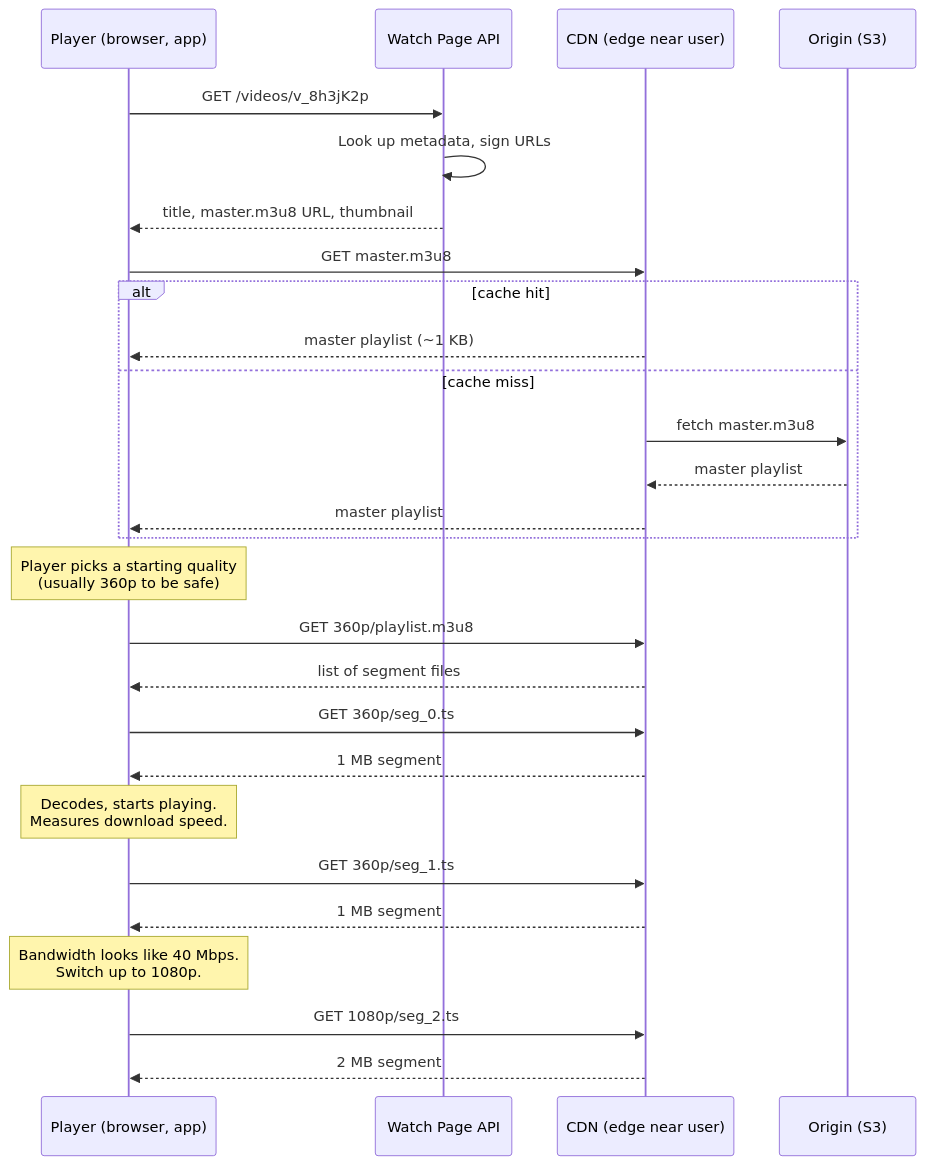
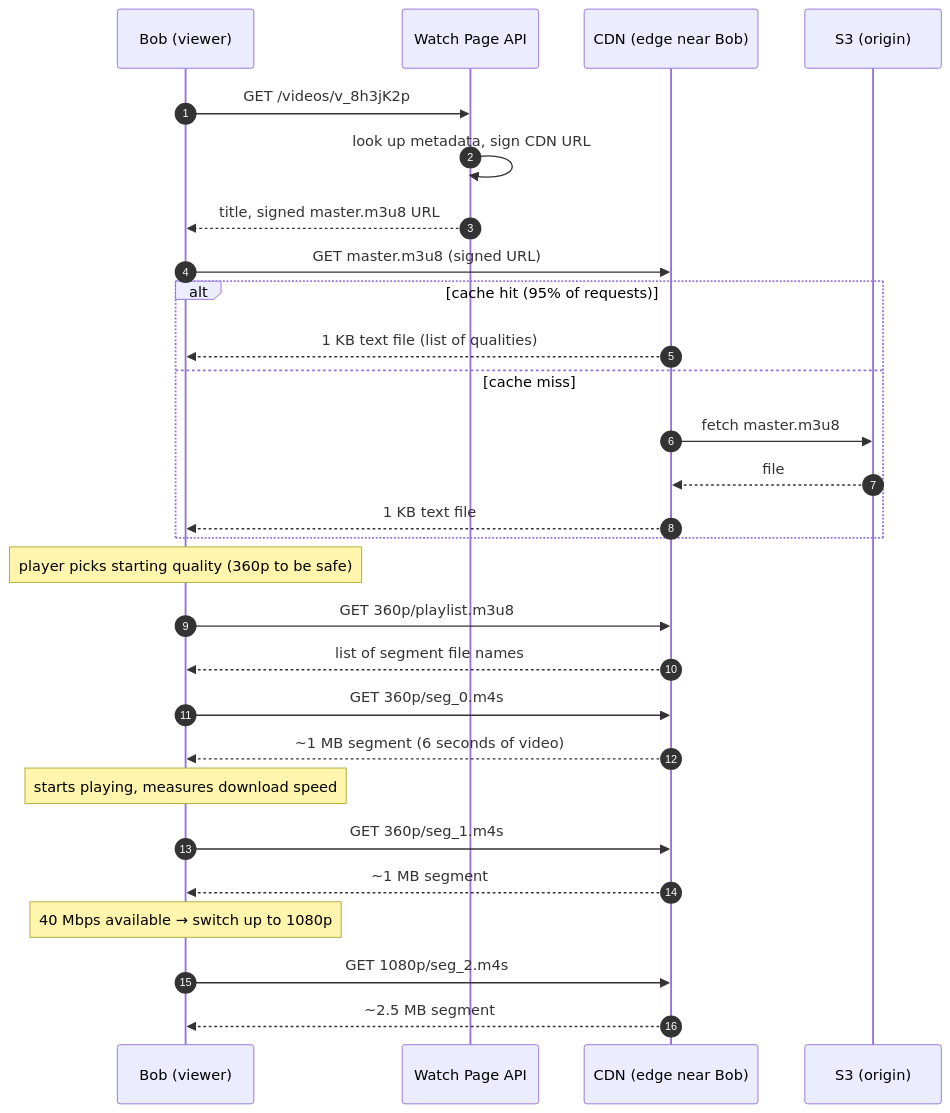
Before and after one commit to shiningflash/system-design: the tenth of 11 diagrams in problems/006-video-streaming/question.md, drawn with Mermaid. The commit also changed other lines of this file and 38 other files, not shown here.

````diff
--- a/problems/006-video-streaming/question.md
+++ b/problems/006-video-streaming/question.md
@@ -333,37 +428,37 @@
 ```mermaid
 sequenceDiagram
-    participant P as Player (browser, app)
-    participant API as Watch Page API
-    participant CDN as CDN (edge near user)
-    participant S3 as Origin (S3)
+    autonumber
+    participant Bob as Bob (viewer)
+    participant WA as Watch Page API
+    participant CDN as CDN (edge near Bob)
+    participant S3out as S3 (origin)
 
-    P->>API: GET /videos/v_8h3jK2p
-    API->>API: Look up metadata, sign URLs
-    API-->>P: title, master.m3u8 URL, thumbnail
+    Bob->>WA: GET /videos/v_8h3jK2p
+    WA->>WA: look up metadata, sign CDN URL
+    WA-->>Bob: title, signed master.m3u8 URL
 
-    P->>CDN: GET master.m3u8
-    alt cache hit
-        CDN-->>P: master playlist (~1 KB)
+    Bob->>CDN: GET master.m3u8 (signed URL)
+    alt cache hit (95% of requests)
+        CDN-->>Bob: 1 KB text file (list of qualities)
     else cache miss
-        CDN->>S3: fetch master.m3u8
-        S3-->>CDN: master playlist
-        CDN-->>P: master playlist
+        CDN->>S3out: fetch master.m3u8
+        S3out-->>CDN: file
+        CDN-->>Bob: 1 KB text file
     end
 
-    Note over P: Player picks a starting quality<br/>(usually 360p to be safe)
+    Note over Bob: player picks starting quality (360p to be safe)
 
-    P->>CDN: GET 360p/playlist.m3u8
-    CDN-->>P: list of segment files
+    Bob->>CDN: GET 360p/playlist.m3u8
+    CDN-->>Bob: list of segment file names
 
-    P->>CDN: GET 360p/seg_0.ts
-    CDN-->>P: 1 MB segment
-    Note over P: Decodes, starts playing.<br/>Measures download speed.
+    Bob->>CDN: GET 360p/seg_0.m4s
+    CDN-->>Bob: ~1 MB segment (6 seconds of video)
+    Note over Bob: starts playing, measures download speed
 
-    P->>CDN: GET 360p/seg_1.ts
-    CDN-->>P: 1 MB segment
+    Bob->>CDN: GET 360p/seg_1.m4s
+    CDN-->>Bob: ~1 MB segment
+    Note over Bob: 40 Mbps available → switch up to 1080p
 
-    Note over P: Bandwidth looks like 40 Mbps.<br/>Switch up to 1080p.
-
-    P->>CDN: GET 1080p/seg_2.ts
-    CDN-->>P: 2 MB segment
+    Bob->>CDN: GET 1080p/seg_2.m4s
+    CDN-->>Bob: ~2.5 MB segment
 ```
````
